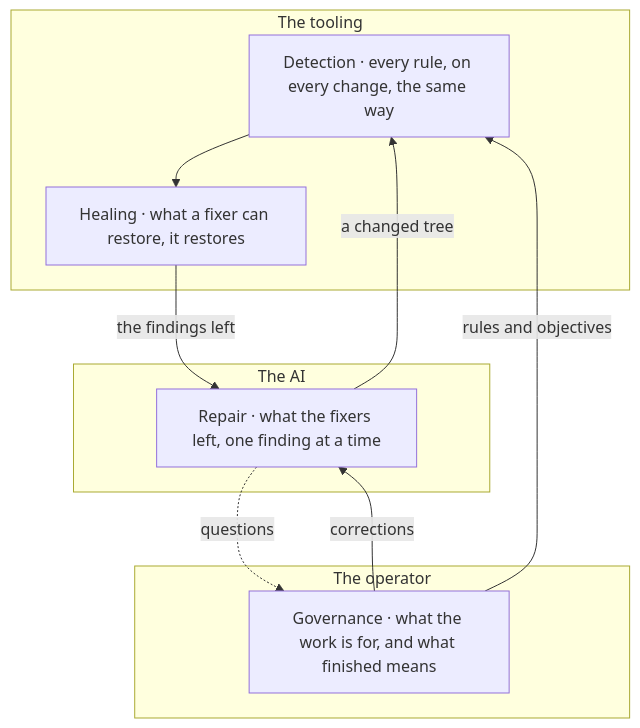
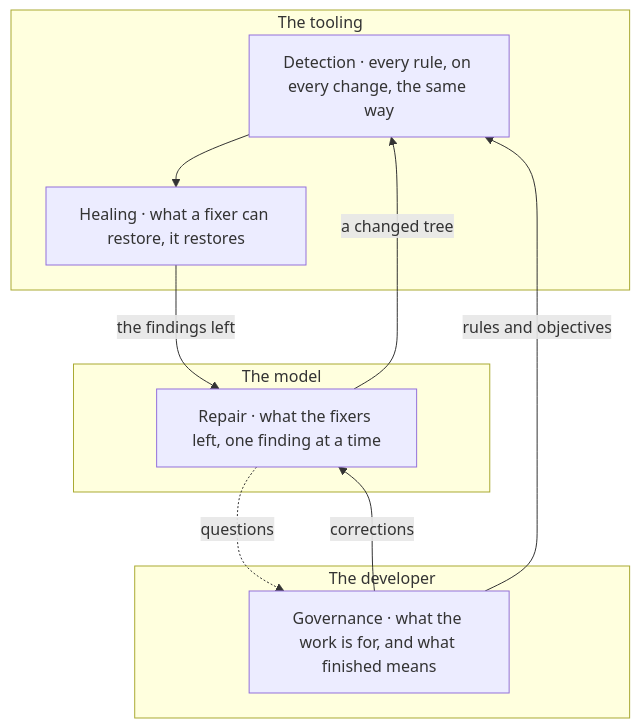
One commit to Varietyz/Disciplined-AI-Software-Development changed the third of 15 diagrams in START.md. Above: the diagram before and after it, drawn with Mermaid. The commit also changed other lines of this file and 25 other files, not shown here.

````diff
--- a/START.md
+++ b/START.md
@@ -103,19 +97,19 @@
 ```mermaid
 flowchart TB
 subgraph tooling["The tooling"]
 detect["Detection · every rule, on every change, the same way"]
 heal["Healing · what a fixer can restore, it restores"]
 end
-subgraph ai["The AI"]
+subgraph ai["The model"]
 repair["Repair · what the fixers left, one finding at a time"]
 end
-subgraph operator["The operator"]
+subgraph operator["The developer"]
 govern["Governance · what the work is for, and what finished means"]
 end
 detect --> heal
 heal -- the findings left --> repair
 repair -- a changed tree --> detect
 govern -- rules and objectives --> detect
 govern -- corrections --> repair
 repair -. questions .-> govern
 ```
````
